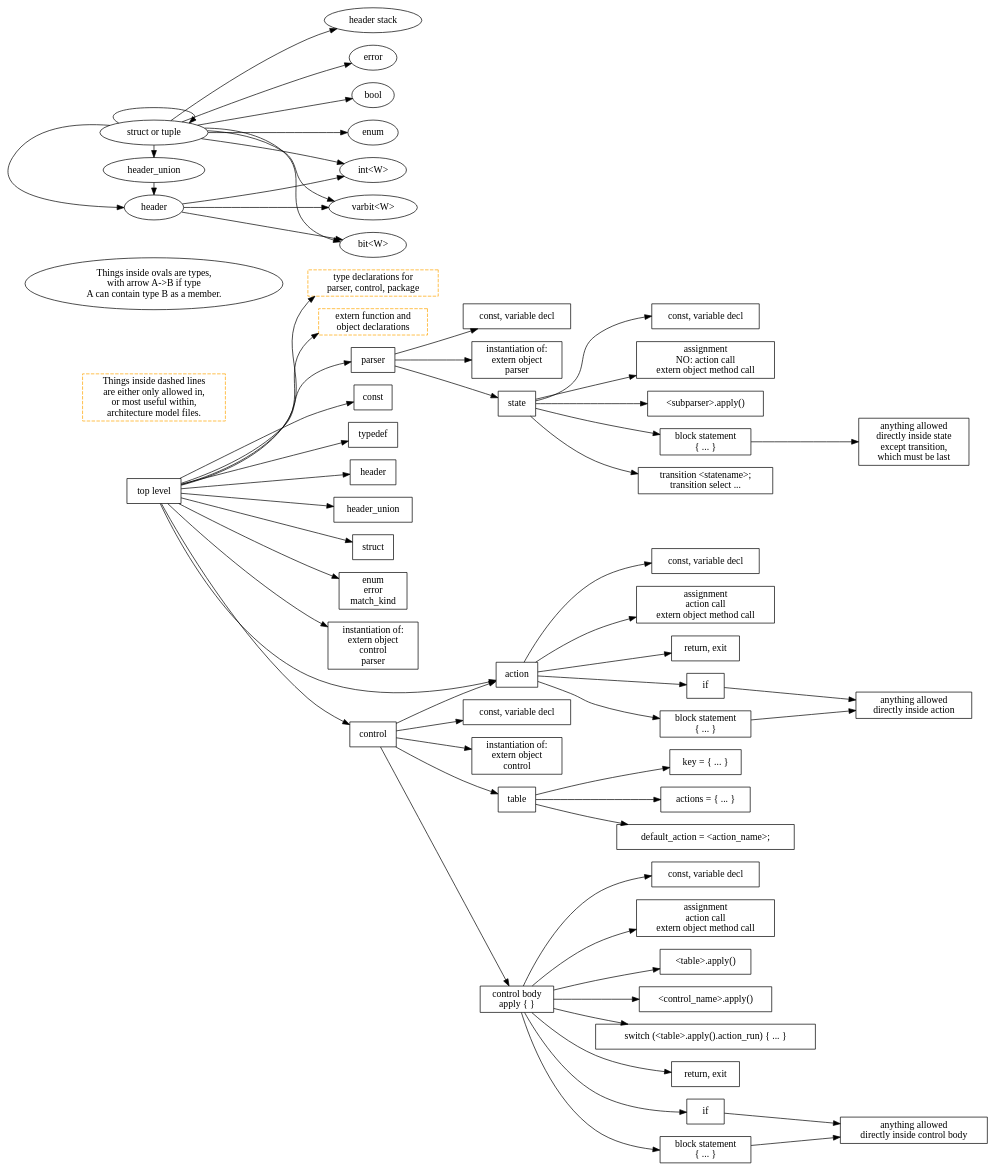
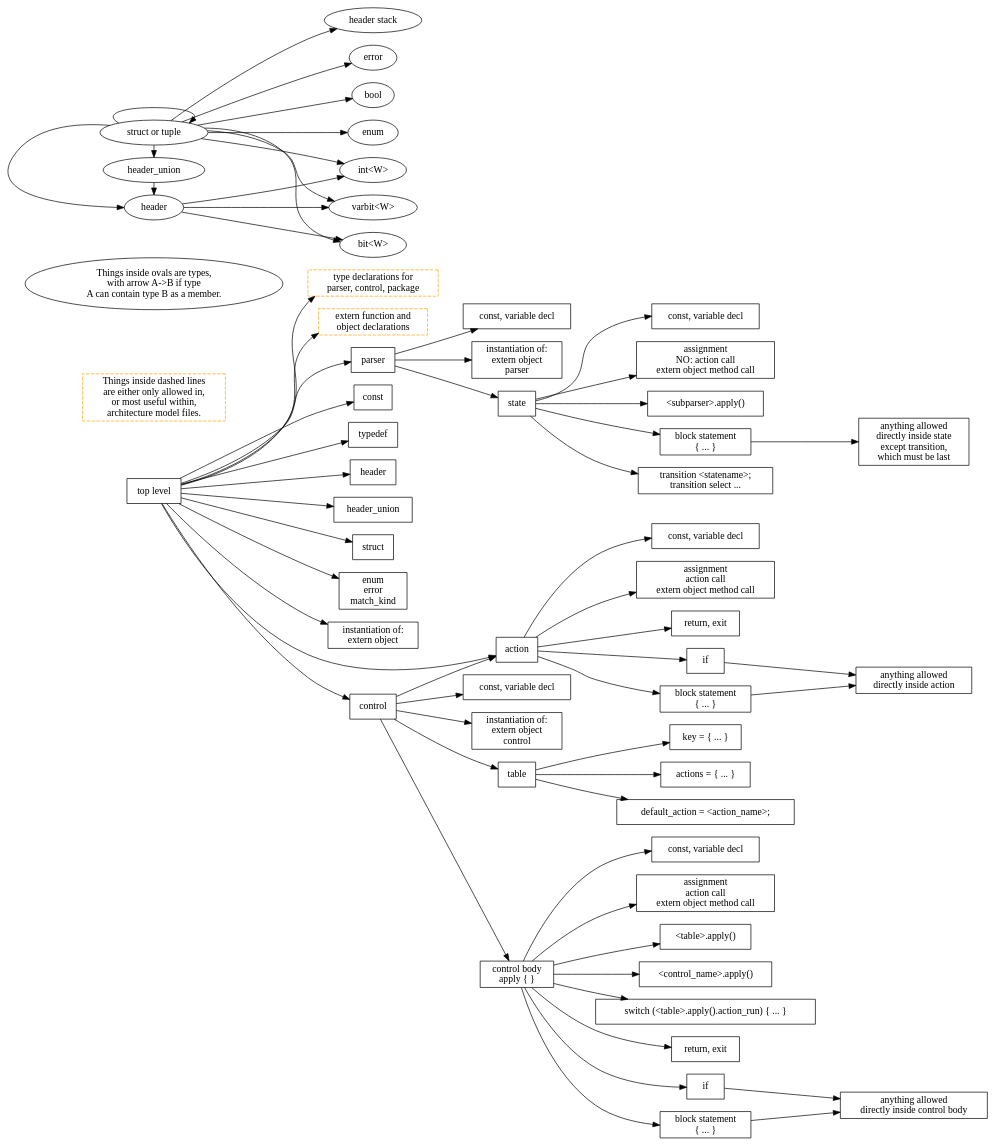
The diagram in p4-16-allowed-constructs.dot (jafingerhut/p4-guide), drawn with Graphviz before and after one commit. The commit also changed 3 other files, not shown here.

```diff
--- a/p4-16-allowed-constructs.dot
+++ b/p4-16-allowed-constructs.dot
@@ -1,149 +1,149 @@
 digraph p4_16_allowed_construct_nesting {
 
     node [shape=box];
     rankdir=LR;
     
     toplevel [label="top level"];
     legend_bold_orange_box [label="Things inside dashed lines\nare either only allowed in,\nor most useful within,\narchitecture model files." style=dashed color=orange];
 
     toplevel -> typeDeclaration;
     typeDeclaration [label="type declarations for\nparser, control, package" style=dashed color=orange];
     toplevel -> externDeclaration;
     externDeclaration [label="extern function and\n object declarations" style=dashed color=orange];
     toplevel -> parserDeclaration;
     parserDeclaration [label="parser"];
     toplevel -> constantDeclaration1;
     constantDeclaration1 [label="const"];
     toplevel -> typedefDeclaration;
     typedefDeclaration [label="typedef"];
     toplevel -> headerTypeDeclaration;
     headerTypeDeclaration [label="header"];
     toplevel -> headerUnionDeclaration;
     headerUnionDeclaration [label="header_union"];
     toplevel -> structTypeDeclaration;
     structTypeDeclaration [label="struct"];
     toplevel -> enumErrorMatchKindDeclaration;
     enumErrorMatchKindDeclaration [label="enum\nerror\nmatch_kind"];
     toplevel -> Instantiation;
-    Instantiation [label="instantiation of:\nextern object\ncontrol\nparser"];
+    Instantiation [label="instantiation of:\nextern object"];
     toplevel -> actionDeclaration;
     actionDeclaration [label="action"];
     toplevel -> controlDeclaration;
     controlDeclaration [label="control"];
 
     // this is 'parser <name> (<parameters>) { ... }'
     parserDeclaration -> constantOrVariableDeclaration2;
     constantOrVariableDeclaration2 [label="const, variable decl"];
     parserDeclaration -> Instantiation2;
     Instantiation2 [label="instantiation of:\nextern object\nparser"];
     parserDeclaration -> parserState;
 
     parserState [label="state"];
     parserState -> constantOrVariableDeclaration3;
     constantOrVariableDeclaration3 [label="const, variable decl"];
     parserState -> assignmentActionMethodCallStatement3;
     assignmentActionMethodCallStatement3 [label="assignment\nNO: action call\nextern object method call"];
     parserState -> parserApplyCallStatement3;
     parserApplyCallStatement3 [label="<subparser>.apply()"];
     parserState -> blockStatement3;
     blockStatement3 [label="block statement\n{ ... }"];
     blockStatement3 -> blockStatementInParserState;
     blockStatementInParserState [label="anything allowed\ndirectly inside state\nexcept transition,\nwhich must be last"];
     parserState -> transitionStatement;
     transitionStatement [label="transition <statename>;\ntransition select ..."];
 
     controlDeclaration -> constantOrVariableDeclaration4;
     constantOrVariableDeclaration4 [label="const, variable decl"];
     controlDeclaration -> Instantiation4;
     Instantiation4 [label="instantiation of:\nextern object\ncontrol"];
     controlDeclaration -> actionDeclaration;
     controlDeclaration -> tableDeclaration;
     controlDeclaration -> controlBody;
     controlBody [label="control body\napply { }"];
 
     tableDeclaration [label="table"];
     tableDeclaration -> tablePropertyKey;
     tablePropertyKey [label="key = { ... }"];
     tableDeclaration -> tablePropertyActions;
     tablePropertyActions [label="actions = { ... }"];
     tableDeclaration -> tablePropertyDefaultAction;
     tablePropertyDefaultAction [label="default_action = <action_name>;"];
 
     actionDeclaration -> constantOrVariableDeclaration5;
     constantOrVariableDeclaration5 [label="const, variable decl"];
     actionDeclaration -> assignmentActionMethodCallStatement5;
     assignmentActionMethodCallStatement5 [label="assignment\naction call\nextern object method call"];
     actionDeclaration -> returnOrExitStatement5;
     returnOrExitStatement5 [label="return, exit"];
     actionDeclaration -> conditionalStatement5;
     conditionalStatement5 [label="if"];
     conditionalStatement5 -> blockStatementInActionDeclaration;
     actionDeclaration -> blockStatement5;
     blockStatement5 [label="block statement\n{ ... }"];
     blockStatement5 -> blockStatementInActionDeclaration;
     blockStatementInActionDeclaration [label="anything allowed\ndirectly inside action"];
 
     // I am making up actionCallStatement.  It might most closely
     // correspond in P4_16 grammar to assignmentOrMethodCallStatement.
     //actionCallStatement
 
     controlBody -> constantOrVariableDeclaration6;
     constantOrVariableDeclaration6 [label="const, variable decl"];
     controlBody -> assignmentActionMethodCallStatement6;
     assignmentActionMethodCallStatement6 [label="assignment\naction call\nextern object method call"];
     controlBody -> tableApplyCall6;
     tableApplyCall6 [label="<table>.apply()"];
     controlBody -> controlCallStatement6;
     controlCallStatement6 [label="<control_name>.apply()"];
     controlBody -> switchStatement6;
     switchStatement6 [label="switch (<table>.apply().action_run) { ... }"];
     controlBody -> returnOrExitStatement6;
     returnOrExitStatement6 [label="return, exit"];
     controlBody -> conditionalStatement6;
     conditionalStatement6 [label="if"];
     conditionalStatement6 -> blockStatementInControlBody;
     controlBody -> blockStatement6;
     blockStatement6 [label="block statement\n{ ... }"];
     blockStatement6 -> blockStatementInControlBody;
     blockStatementInControlBody [label="anything allowed\ndirectly inside control body"];
 
 
     legend_oval [label="Things inside ovals are types,\nwith arrow A->B if type\nA can contain type B as a member." shape=oval];
 
     {
     rank=same;
     containerHeader [shape=oval label="header"];
     containerHeaderUnion [shape=oval label="header_union"];
     containerStructOrTuple [shape=oval label="struct or tuple"];
     //containerStruct [shape=oval label="struct"];
     //containerTuple [shape=oval label="tuple"];
     }
 
     {
     rank=same;
     elementBitW [shape=oval label="bit<W>"];
     elementIntW [shape=oval label="int<W>"];
     elementVarbitW [shape=oval label="varbit<W>"];
     elementError [shape=oval label="error"];
     elementBool [shape=oval label="bool"];
     elementEnum [shape=oval label="enum"];
     elementHeaderStack [shape=oval label="header stack"];
     }
 
     containerHeader -> elementBitW;
     containerHeader -> elementIntW;
     containerHeader -> elementVarbitW;
 
     containerHeaderUnion -> containerHeader;
 
     containerStructOrTuple -> elementBitW;
     containerStructOrTuple -> elementIntW;
     containerStructOrTuple -> elementVarbitW;
     containerStructOrTuple -> elementError;
     containerStructOrTuple -> elementBool;
     containerStructOrTuple -> elementEnum;
     containerStructOrTuple -> containerHeader;
     containerStructOrTuple -> containerHeaderUnion;
     containerStructOrTuple -> elementHeaderStack;
     containerStructOrTuple -> containerStructOrTuple;
 }
```
